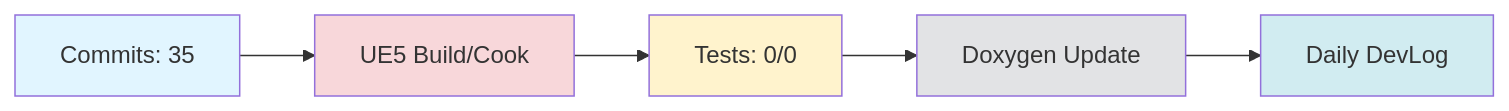
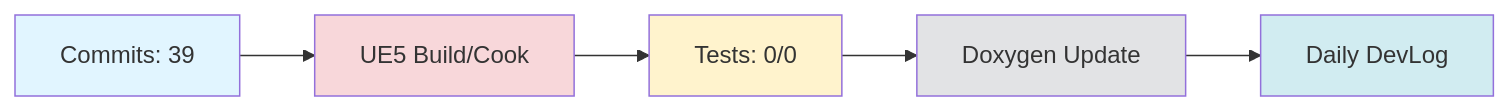
The diagram in Documents/DevLog/Daily/2025-11-13.md (doppleddiggong/Onepiece), drawn with Mermaid before and after one commit. The commit also changed other lines of this file and 1 other file, not shown here.

````diff
--- a/Documents/DevLog/Daily/2025-11-13.md
+++ b/Documents/DevLog/Daily/2025-11-13.md
@@ -107,13 +107,13 @@
 ```mermaid
 flowchart LR
-  Dev[Commits: 35] --> Build[UE5 Build/Cook]
+  Dev[Commits: 39] --> Build[UE5 Build/Cook]
   Build --> Test[Tests: 0/0]
   Test --> Doc[Doxygen Update]
   Doc --> Daily[Daily DevLog]
 
   style Dev fill:#e1f5ff
   style Build fill:#f8d7da
   style Test fill:#fff3cd
   style Doc fill:#e2e3e5
   style Daily fill:#d1ecf1
 ```
````
